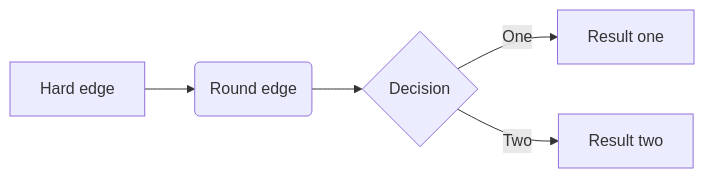
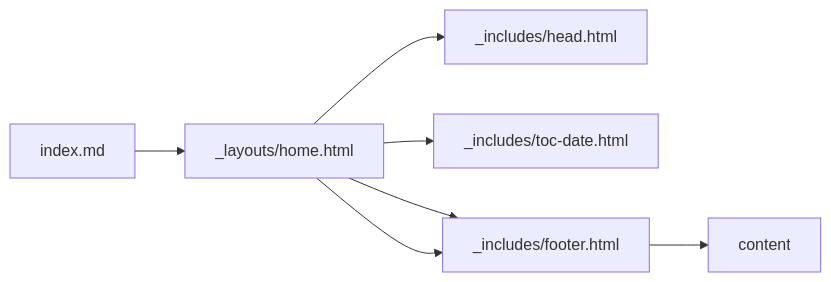
Before and after one commit to contravia-cloud/TechnicalBlog: the first of 2 diagrams in _posts/2021-09-25-markdown_graph.md, drawn with Mermaid.

```diff
--- a/_posts/2021-09-25-markdown_graph.md
+++ b/_posts/2021-09-25-markdown_graph.md
@@ -8,7 +8,9 @@
 <div class="mermaid"> 
 graph LR
-A[Hard edge] -->B(Round edge)
-    B --> C{Decision}
-    C -->|One| D[Result one]
-    C -->|Two| E[Result two]
+    A[index.md] -->B[_layouts/home.html]
+    B --> C[_includes/head.html]
+    B --> D[_includes/toc-date.html]
+    B --> E[_includes/body.html]
+    B --> E[_includes/footer.html]
+    E --> F[content]
 </div>
```
